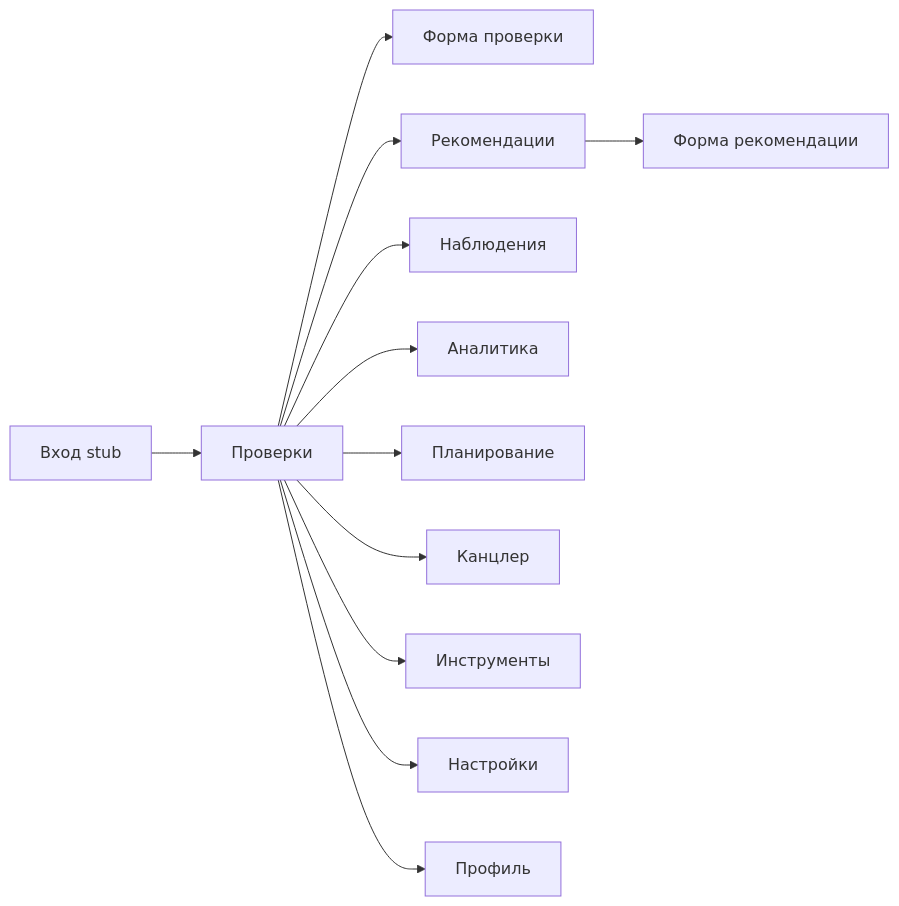
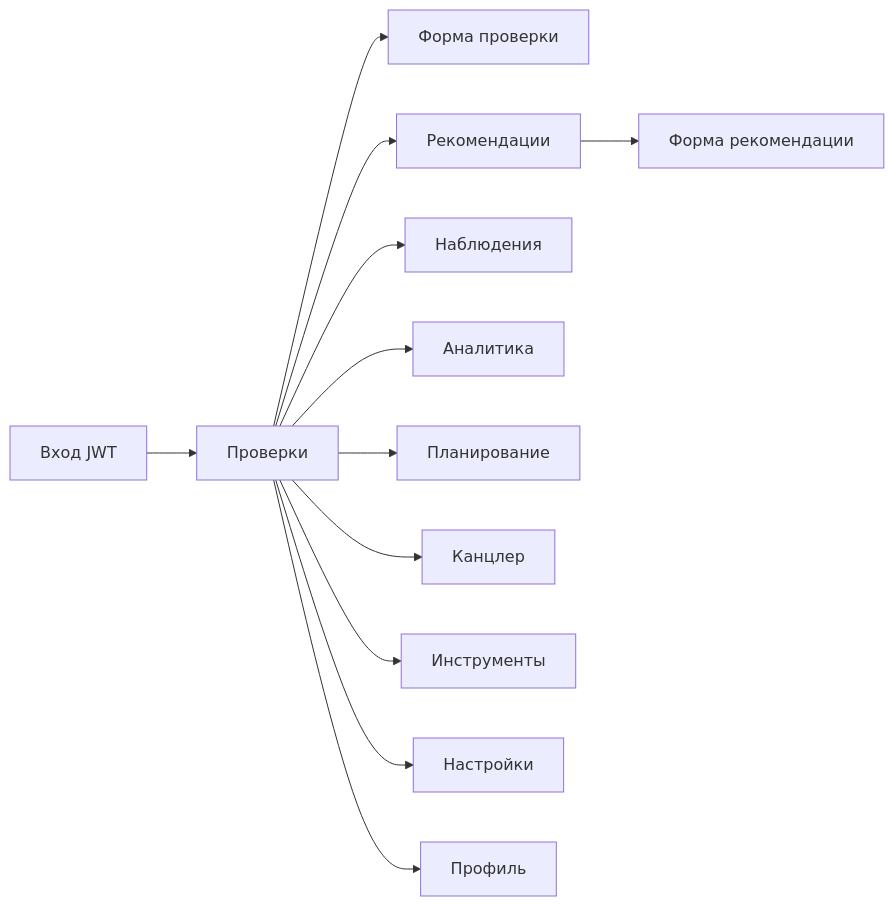
Before and after one commit to sweetd0vee/sokol: the first of 6 diagrams in sokol-frontend/docs/USER_STORIES.md, drawn with Mermaid. The commit also changed other lines of this file and 46 other files, not shown here.

````diff
--- a/sokol-frontend/docs/USER_STORIES.md
+++ b/sokol-frontend/docs/USER_STORIES.md
@@ -104,14 +109,14 @@
 ```mermaid
 flowchart LR
-  Login[Вход stub] --> Checks[Проверки]
+  Login[Вход JWT] --> Checks[Проверки]
   Checks --> CheckForm[Форма проверки]
   Checks --> Recs[Рекомендации]
   Recs --> RecForm[Форма рекомендации]
   Checks --> Observations[Наблюдения]
   Checks --> Analytics[Аналитика]
   Checks --> Planning[Планирование]
   Checks --> Kantsler[Канцлер]
   Checks --> Tools[Инструменты]
   Checks --> Settings[Настройки]
   Checks --> Profile[Профиль]
 ```
````
